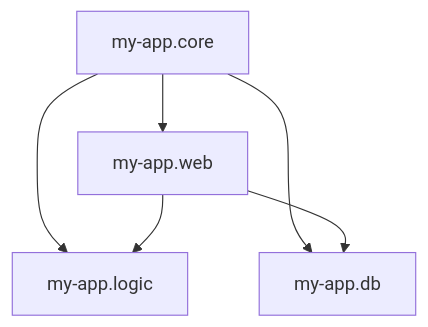
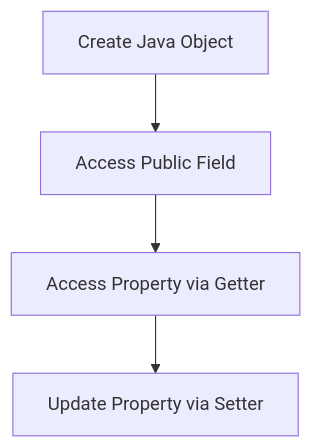
Before and after one commit to MasteryEducation/ClojureForJava.com: the diagram in content/1/10/1/2/index.md, drawn with Mermaid. The commit also changed other lines of this file and 915 other files, not shown here.

````diff
--- a/content/1/10/1/2/index.md
+++ b/content/1/10/1/2/index.md
@@ -153,8 +155,6 @@
 ```mermaid
-graph TD;
-    A[my-app.core] --> B[my-app.web];
-    A --> C[my-app.logic];
-    A --> D[my-app.db];
-    B --> C;
-    B --> D;
+flowchart TD
+    A[Create Java Object] --> B[Access Public Field]
+    B --> C[Access Property via Getter]
+    C --> D[Update Property via Setter]
 ```
````
